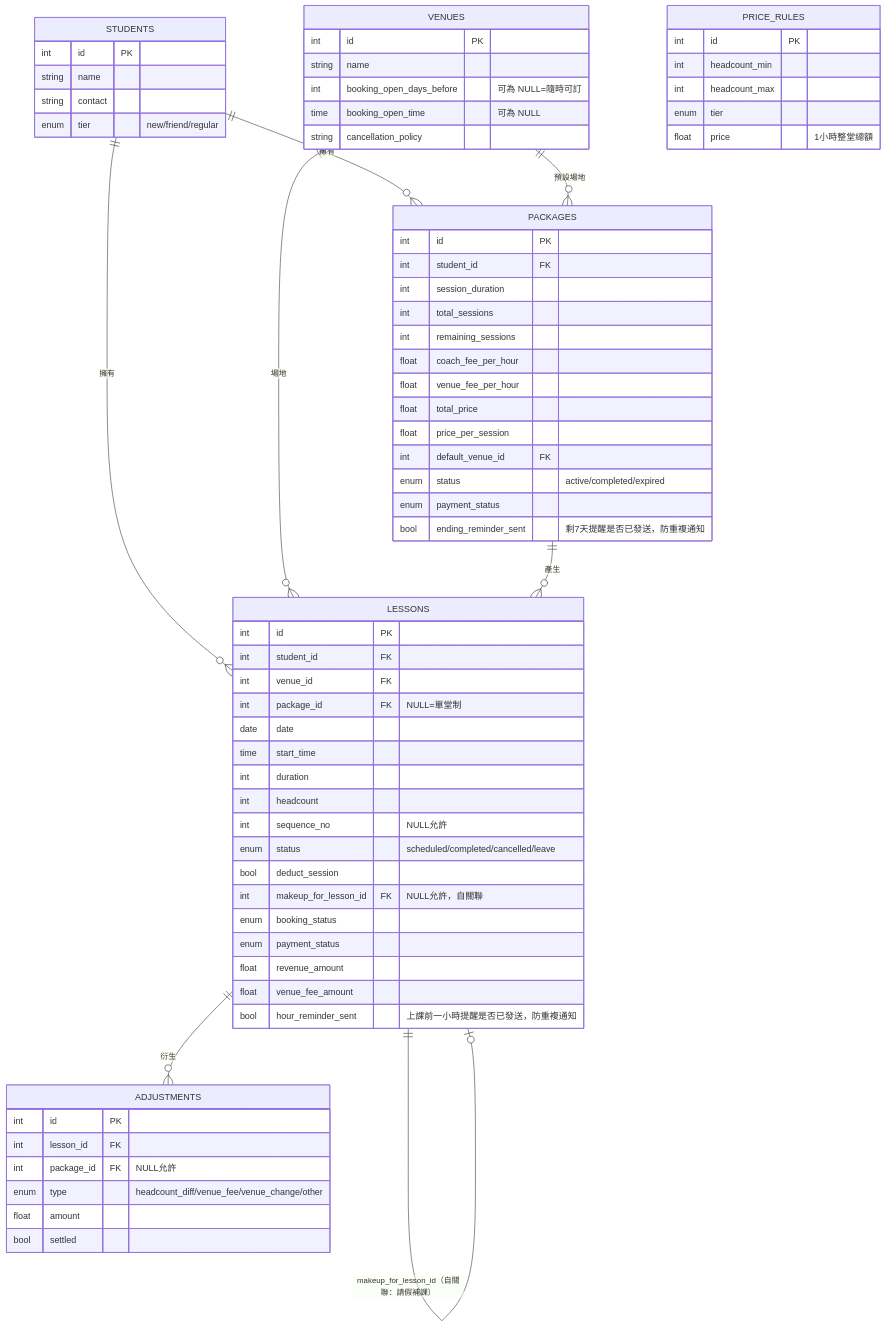
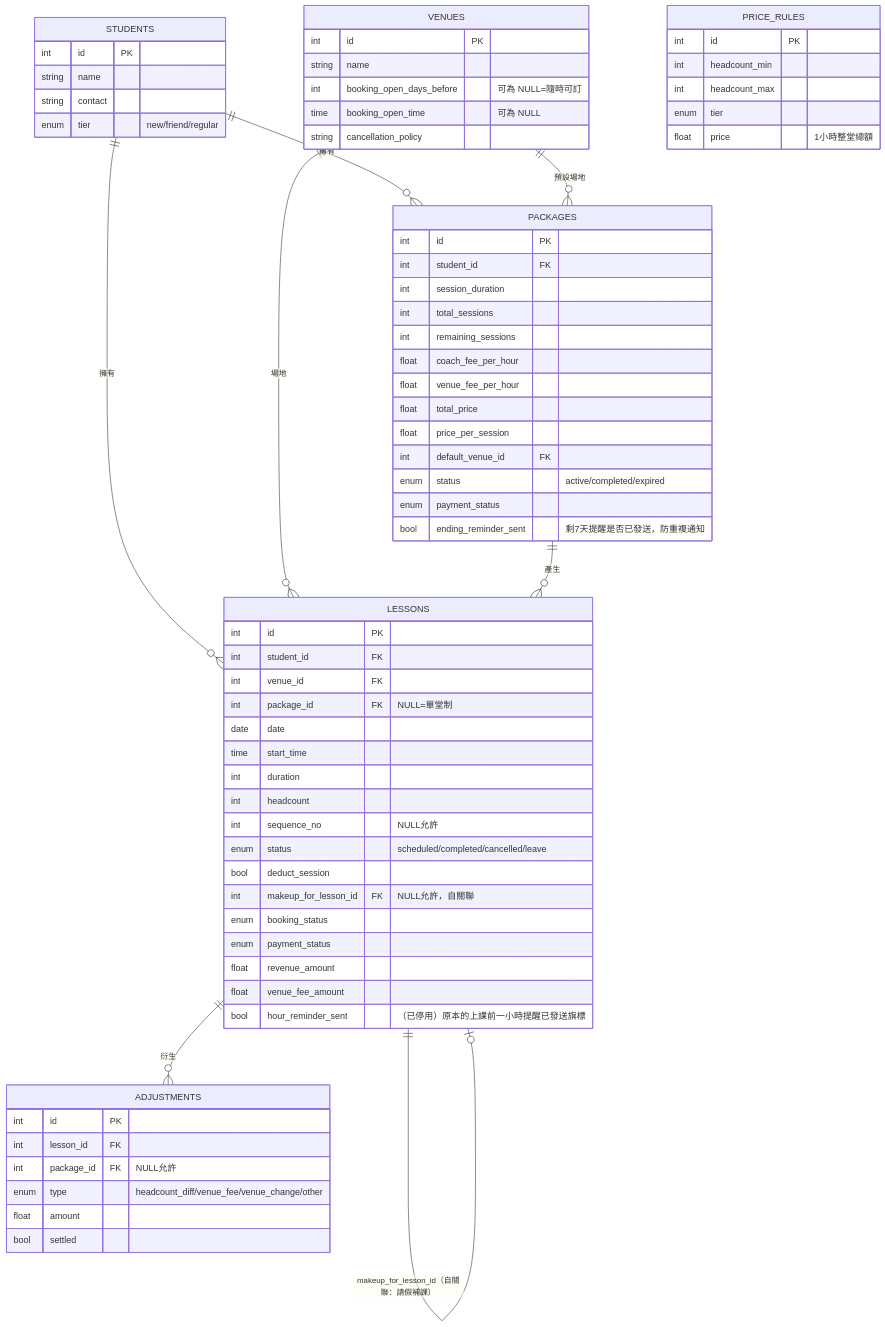
Before and after one commit to cxinyuan913-svg/coaching-record-tool: the third of 3 diagrams in ARCHITECTURE.md, drawn with Mermaid. The commit also changed other lines of this file and 5 other files, not shown here.

````diff
--- a/ARCHITECTURE.md
+++ b/ARCHITECTURE.md
@@ -122,73 +122,73 @@
 ```mermaid
 erDiagram
     STUDENTS ||--o{ PACKAGES : "擁有"
     STUDENTS ||--o{ LESSONS : "擁有"
     VENUES ||--o{ LESSONS : "場地"
     VENUES ||--o{ PACKAGES : "預設場地"
     PACKAGES ||--o{ LESSONS : "產生"
     LESSONS ||--o{ ADJUSTMENTS : "衍生"
     LESSONS ||--o| LESSONS : "makeup_for_lesson_id（自關聯：請假補課）"
 
     STUDENTS {
         int id PK
         string name
         string contact
         enum tier "new/friend/regular"
     }
     VENUES {
         int id PK
         string name
         int booking_open_days_before "可為 NULL=隨時可訂"
         time booking_open_time "可為 NULL"
         string cancellation_policy
     }
     PRICE_RULES {
         int id PK
         int headcount_min
         int headcount_max
         enum tier
         float price "1小時整堂總額"
     }
     PACKAGES {
         int id PK
         int student_id FK
         int session_duration
         int total_sessions
         int remaining_sessions
         float coach_fee_per_hour
         float venue_fee_per_hour
         float total_price
         float price_per_session
         int default_venue_id FK
         enum status "active/completed/expired"
         enum payment_status
         bool ending_reminder_sent "剩7天提醒是否已發送，防重複通知"
     }
     LESSONS {
         int id PK
         int student_id FK
         int venue_id FK
         int package_id FK "NULL=單堂制"
         date date
         time start_time
         int duration
         int headcount
         int sequence_no "NULL允許"
         enum status "scheduled/completed/cancelled/leave"
         bool deduct_session
         int makeup_for_lesson_id FK "NULL允許，自關聯"
         enum booking_status
         enum payment_status
         float revenue_amount
         float venue_fee_amount
-        bool hour_reminder_sent "上課前一小時提醒是否已發送，防重複通知"
+        bool hour_reminder_sent "（已停用）原本的上課前一小時提醒已發送旗標"
     }
     ADJUSTMENTS {
         int id PK
         int lesson_id FK
         int package_id FK "NULL允許"
         enum type "headcount_diff/venue_fee/venue_change/other"
         float amount
         bool settled
     }
 ```
````
